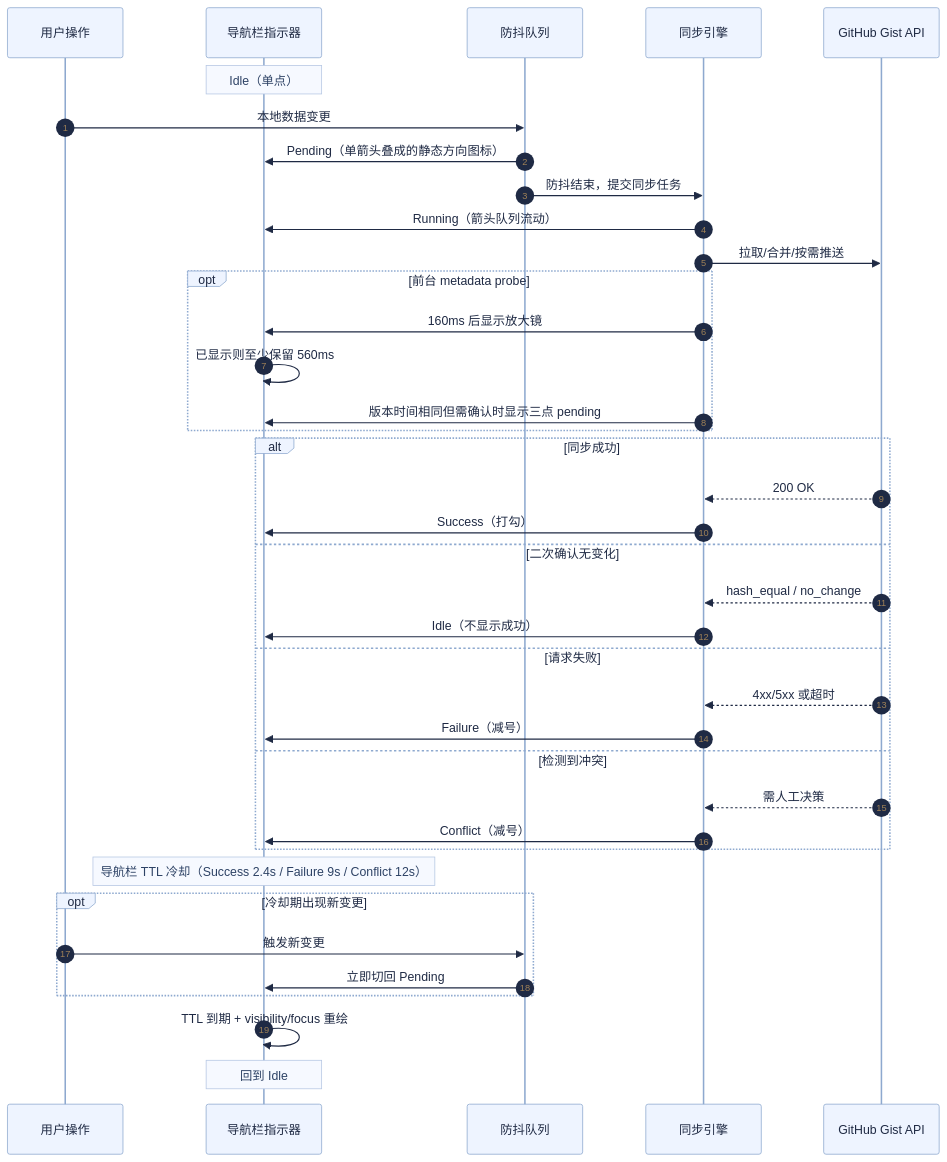
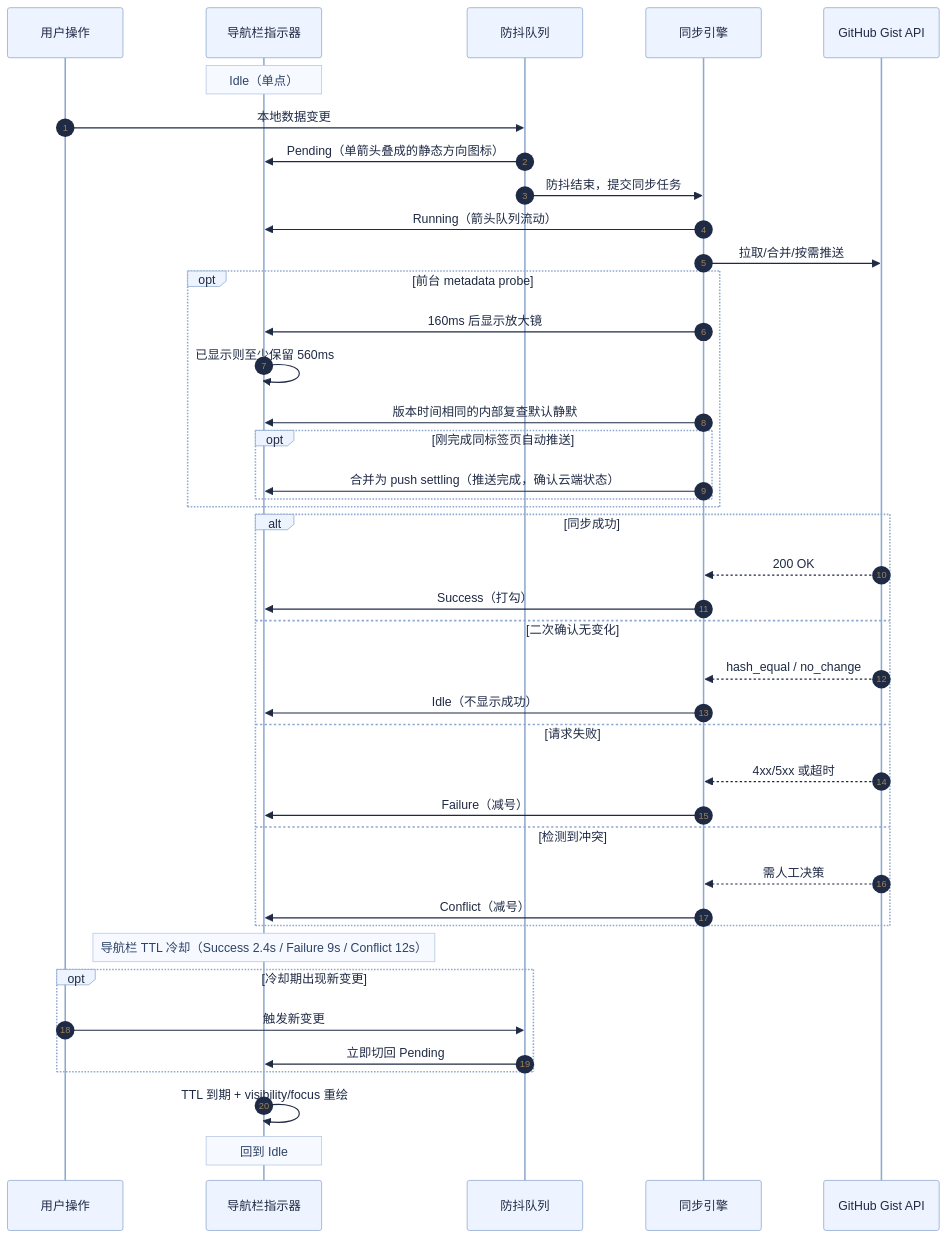
The diagram in DEVELOPMENT.md (moekyo/S1Plus-Manual), drawn with Mermaid before and after one commit. The commit also changed other lines of this file and 3 other files, not shown here.

````diff
--- a/DEVELOPMENT.md
+++ b/DEVELOPMENT.md
@@ -406,65 +410,68 @@
 ```mermaid
 %%{init: {
   "theme": "base",
   "themeVariables": {
     "primaryColor": "#f8fbff",
     "primaryTextColor": "#1f2a44",
     "primaryBorderColor": "#9db4d6",
     "lineColor": "#5f7da8",
     "actorBkg": "#eef4ff",
     "actorBorder": "#8ea9cf",
     "actorTextColor": "#1f2a44",
     "noteBkgColor": "#f6f9ff",
     "noteBorderColor": "#b6c7e3",
     "noteTextColor": "#2d4265"
   },
   "sequence": {
     "diagramMarginX": 24,
     "actorMargin": 36,
     "messageMargin": 16
   }
 }}%%
 sequenceDiagram
     autonumber
     participant U as 用户操作
     participant I as 导航栏指示器
     participant D as 防抖队列
     participant S as 同步引擎
     participant G as GitHub Gist API
 
     Note over I: Idle（单点）
     U->>D: 本地数据变更
     D->>I: Pending（单箭头叠成的静态方向图标）
     D->>S: 防抖结束，提交同步任务
     S->>I: Running（箭头队列流动）
     S->>G: 拉取/合并/按需推送
 
     opt 前台 metadata probe
         S->>I: 160ms 后显示放大镜
         I->>I: 已显示则至少保留 560ms
-        S->>I: 版本时间相同但需确认时显示三点 pending
+        S->>I: 版本时间相同的内部复查默认静默
+        opt 刚完成同标签页自动推送
+            S->>I: 合并为 push settling（推送完成，确认云端状态）
+        end
     end
 
     alt 同步成功
         G-->>S: 200 OK
         S->>I: Success（打勾）
     else 二次确认无变化
         G-->>S: hash_equal / no_change
         S->>I: Idle（不显示成功）
     else 请求失败
         G-->>S: 4xx/5xx 或超时
         S->>I: Failure（减号）
     else 检测到冲突
         G-->>S: 需人工决策
         S->>I: Conflict（减号）
     end
 
     Note over I: 导航栏 TTL 冷却（Success 2.4s / Failure 9s / Conflict 12s）
     opt 冷却期出现新变更
         U->>D: 触发新变更
         D->>I: 立即切回 Pending
     end
 
     I->>I: TTL 到期 + visibility/focus 重绘
     Note over I: 回到 Idle
 ```
````
